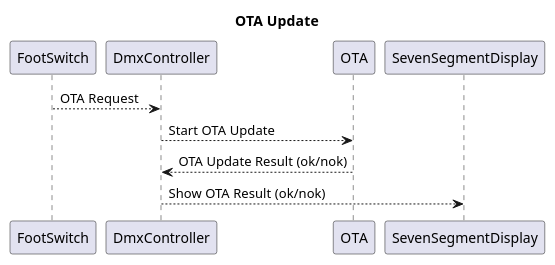
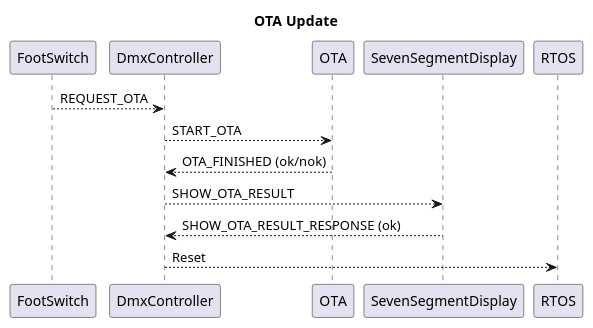
The fifth of 7 diagrams in Documentation/ClassDiagrams.puml (michelkeijzers/Esp32DmxController), drawn with PlantUML before and after one commit. The commit also changed other lines of this file and 31 other files, not shown here.

```diff
--- a/Documentation/ClassDiagrams.puml
+++ b/Documentation/ClassDiagrams.puml
@@ -123,8 +125,10 @@
 @startuml 
 title OTA Update
-FootSwitch --> DmxController : OTA Request
-DmxController --> OTA : Start OTA Update
-OTA --> DmxController : OTA Update Result (ok/nok)
-DmxController --> SevenSegmentDisplay : Show OTA Result (ok/nok)
+FootSwitch --> DmxController : REQUEST_OTA
+DmxController --> OTA : START_OTA 
+OTA --> DmxController : OTA_FINISHED (ok/nok)
+DmxController --> SevenSegmentDisplay : SHOW_OTA_RESULT
+SevenSegmentDisplay --> DmxController : SHOW_OTA_RESULT_RESPONSE (ok) 
+DmxController --> RTOS: Reset
 
 @enduml 
```
